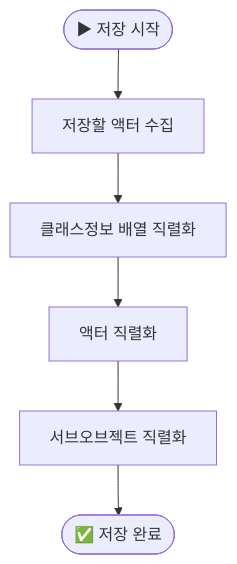
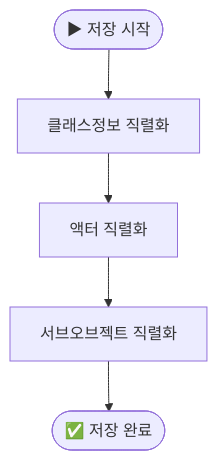
The fifth of 6 diagrams in _posts/UnrealProject/2025-06-28-SaveGame.md (antae714/antae714.github.io), drawn with Mermaid before and after one commit. The commit also changed other lines of this file and 3 other files, not shown here.

````diff
--- a/_posts/UnrealProject/2025-06-28-SaveGame.md
+++ b/_posts/UnrealProject/2025-06-28-SaveGame.md
@@ -243,8 +243,7 @@
 ```mermaid
 flowchart TD
-  Start(["▶ 저장 시작"]) --> B[저장할 액터 수집]
-  B --> C[클래스정보 배열 직렬화]
-  C --> D[액터 직렬화]
-  D --> E[서브오브젝트 직렬화]
-  E --> End(["✅ 저장 완료"])
+  Start(["▶ 저장 시작"]) --> B[클래스정보 직렬화]
+  B --> C[액터 직렬화]
+  C --> D[서브오브젝트 직렬화]
+  D --> End(["✅ 저장 완료"])
 ```
````
